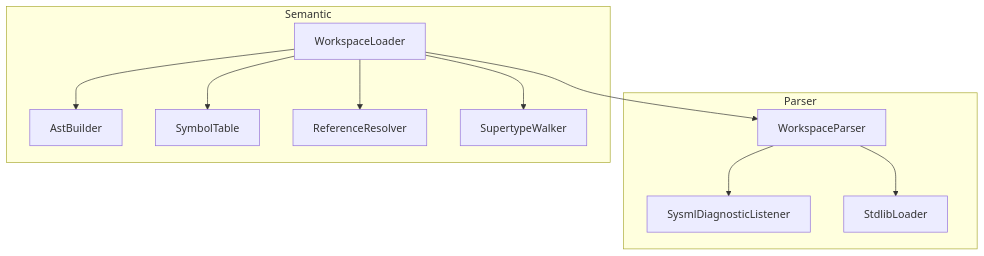
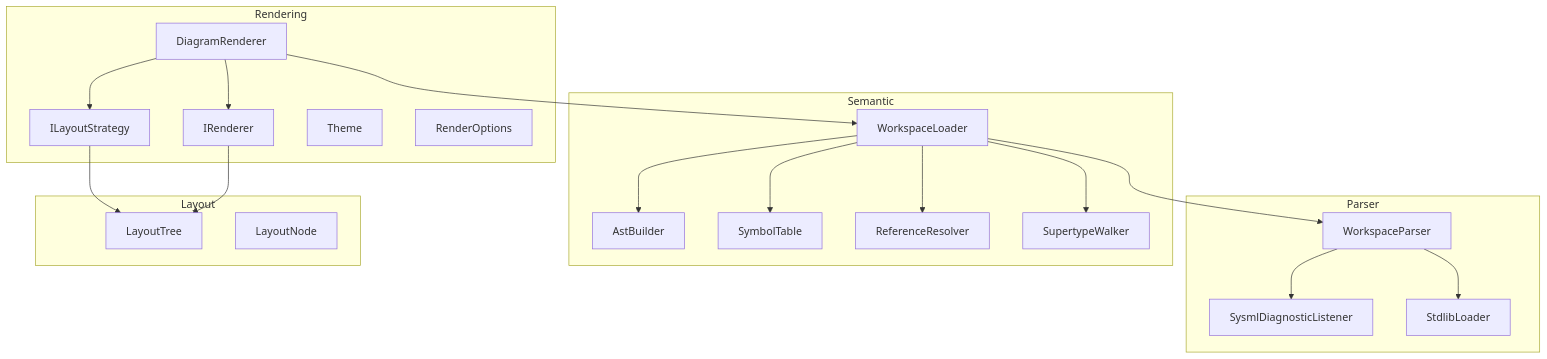
The diagram in docs/design/sysml2-tools-core.md (demaconsulting/SysML2Tools), drawn with Mermaid before and after one commit. The commit also changed other lines of this file and 35 other files, not shown here.

First line of the commit message:
Define LayoutTree vocabulary and enhance documentation and tests (#6)

````diff
--- a/docs/design/sysml2-tools-core.md
+++ b/docs/design/sysml2-tools-core.md
@@ -18,22 +24,38 @@
 ```mermaid
 flowchart TD
     subgraph Parser
         WorkspaceParser
         SysmlDiagnosticListener
         StdlibLoader
     end
     subgraph Semantic
         WorkspaceLoader
         AstBuilder
         SymbolTable
         ReferenceResolver
         SupertypeWalker
     end
+    subgraph Layout
+        LayoutTree
+        LayoutNode
+    end
+    subgraph Rendering
+        DiagramRenderer
+        ILayoutStrategy
+        IRenderer
+        Theme
+        RenderOptions
+    end
     WorkspaceParser --> StdlibLoader
     WorkspaceParser --> SysmlDiagnosticListener
     WorkspaceLoader --> WorkspaceParser
     WorkspaceLoader --> AstBuilder
     WorkspaceLoader --> SymbolTable
     WorkspaceLoader --> ReferenceResolver
     WorkspaceLoader --> SupertypeWalker
+    DiagramRenderer --> ILayoutStrategy
+    DiagramRenderer --> IRenderer
+    ILayoutStrategy --> LayoutTree
+    IRenderer --> LayoutTree
+    DiagramRenderer --> WorkspaceLoader
 ```
````
